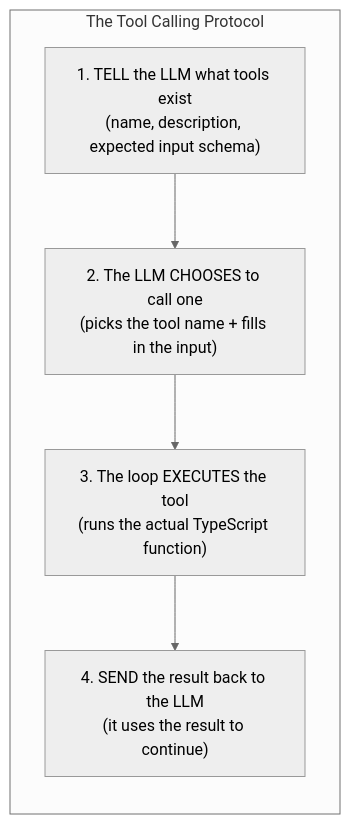
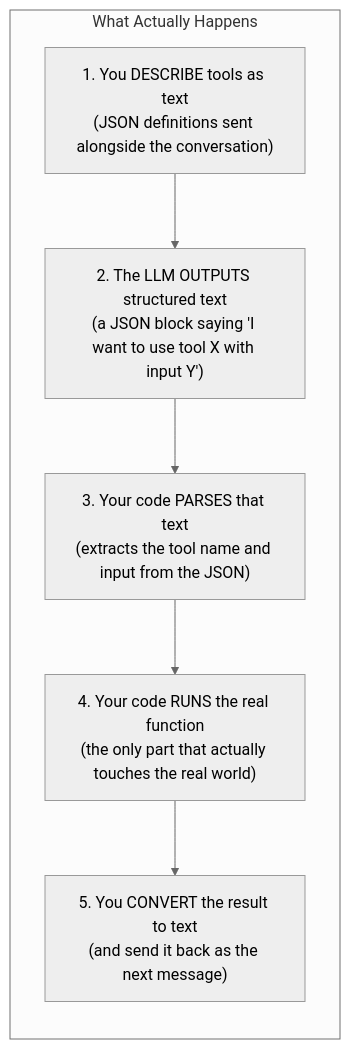
One commit to 2kages/agent-learning changed the second of 8 diagrams in tool-execution.md. Above: the diagram before and after it, drawn with Mermaid (neutral theme). The commit also changed other lines of this file, not shown here.

Commit message:
update code

````diff
--- a/tool-execution.md
+++ b/tool-execution.md
@@ -34,12 +38,13 @@
 ```mermaid
 flowchart TD
-    subgraph PROTOCOL ["The Tool Calling Protocol"]
+    subgraph REALITY ["What Actually Happens"]
         direction TB
-        S1["1. TELL the LLM what tools exist<br/>(name, description, expected input schema)"]
-        S2["2. The LLM CHOOSES to call one<br/>(picks the tool name + fills in the input)"]
-        S3["3. The loop EXECUTES the tool<br/>(runs the actual TypeScript function)"]
-        S4["4. SEND the result back to the LLM<br/>(it uses the result to continue)"]
+        R1["1. You DESCRIBE tools as text<br/>(JSON definitions sent alongside the conversation)"]
+        R2["2. The LLM OUTPUTS structured text<br/>(a JSON block saying 'I want to use tool X with input Y')"]
+        R3["3. Your code PARSES that text<br/>(extracts the tool name and input from the JSON)"]
+        R4["4. Your code RUNS the real function<br/>(the only part that actually touches the real world)"]
+        R5["5. You CONVERT the result to text<br/>(and send it back as the next message)"]
 
-        S1 --> S2 --> S3 --> S4
+        R1 --> R2 --> R3 --> R4 --> R5
     end
 ```
````
